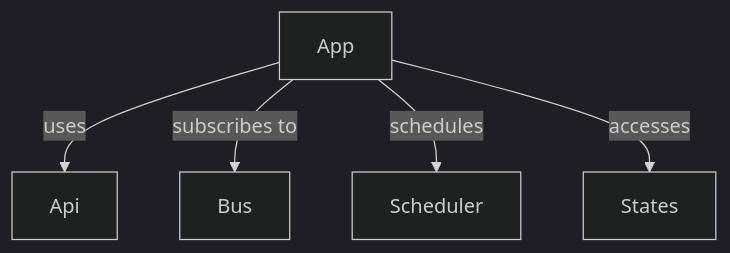
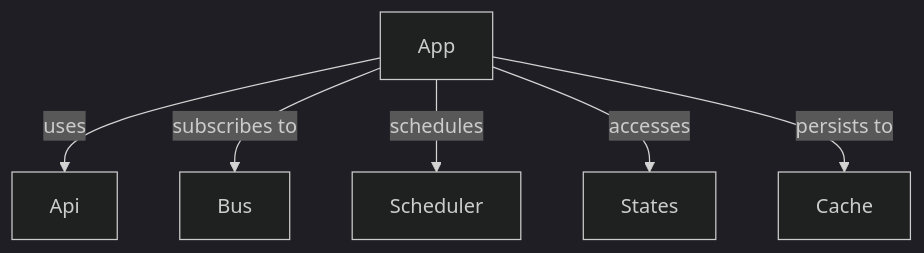
One commit to NodeJSmith/hassette changed the diagram in docs/pages/core-concepts/apps/index.md. Above: the diagram before and after it, drawn with Mermaid (dark theme). The commit also changed other lines of this file and 20 other files, not shown here.

````diff
--- a/docs/pages/core-concepts/apps/index.md
+++ b/docs/pages/core-concepts/apps/index.md
@@ -9,7 +9,8 @@
 ```mermaid
 graph TB
     A[App] -->|uses| Api
     A -->|subscribes to| Bus
     A -->|schedules| Scheduler
     A -->|accesses| States
+    A -->|persists to| Cache
 ```
````
